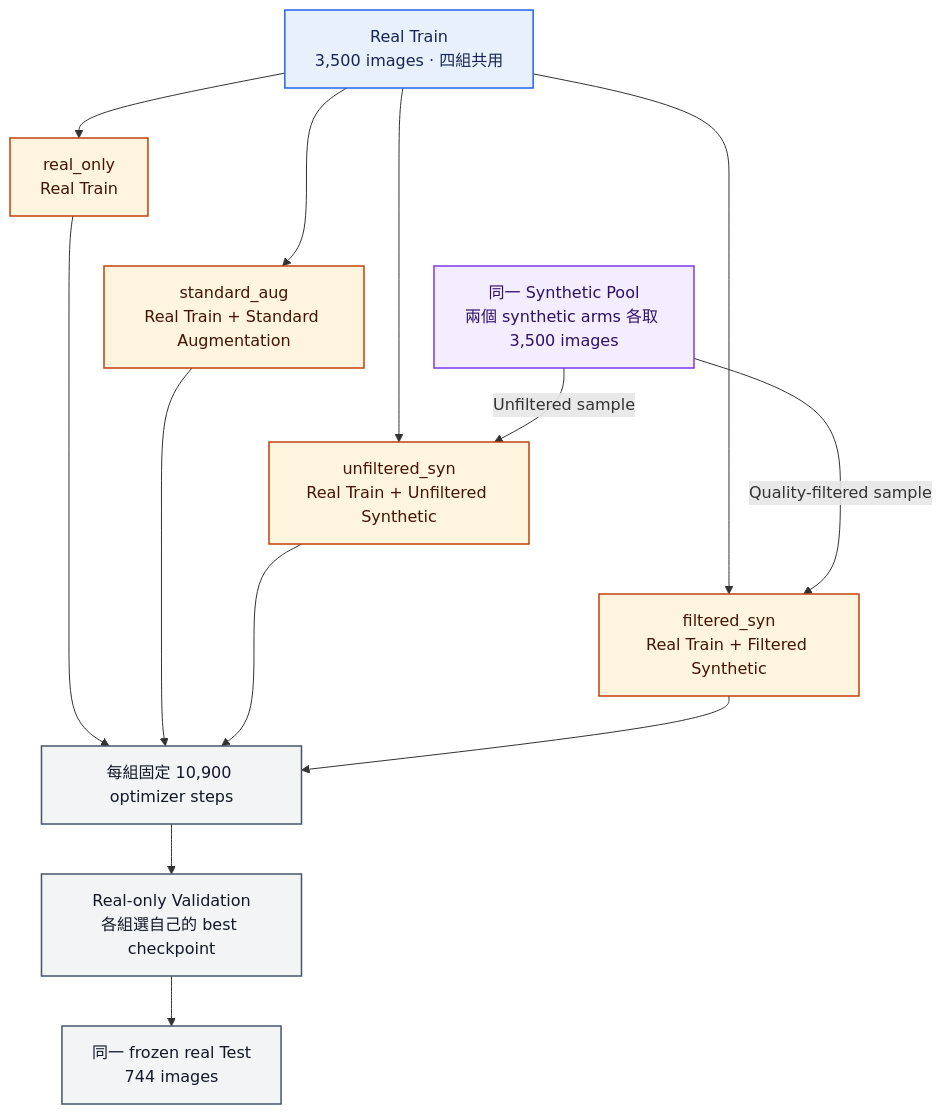
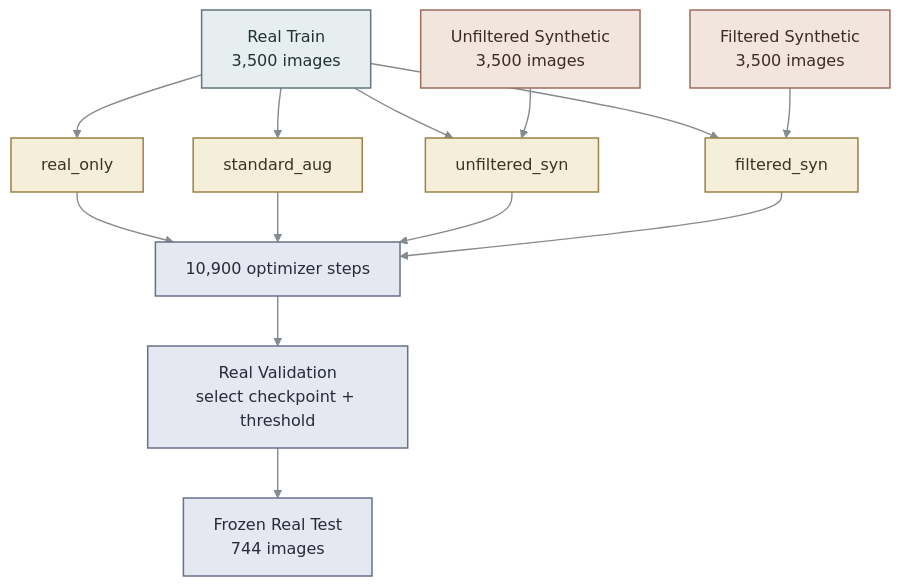
Before and after one commit to kuotunyu/SafeSynth: the second of 2 diagrams in README.md, drawn with Mermaid. The commit also changed other lines of this file and 65 other files, not shown here.

````diff
--- a/README.md
+++ b/README.md
@@ -108,40 +84,30 @@
 ```mermaid
 flowchart TB
-    R["Real Train<br/>3,500 images · 四組共用"]
-    S["同一 Synthetic Pool<br/>兩個 synthetic arms 各取 3,500 images"]
+    R["Real Train<br/>3,500 images"]
+    U["Unfiltered Synthetic<br/>3,500 images"]
+    F["Filtered Synthetic<br/>3,500 images"]
 
-    R ~~~ S
+    R --> A1["real_only"]
+    R --> A2["standard_aug"]
+    R --> A3["unfiltered_syn"]
+    R --> A4["filtered_syn"]
+    U --> A3
+    F --> A4
 
-    A1["real_only<br/>Real Train"]
-    A2["standard_aug<br/>Real Train + Standard Augmentation"]
-    A3["unfiltered_syn<br/>Real Train + Unfiltered Synthetic"]
-    A4["filtered_syn<br/>Real Train + Filtered Synthetic"]
-
-    A1 ~~~ A2
-    A2 ~~~ A3
-    A3 ~~~ A4
-
-    R --> A1
-    R --> A2
-    R --> A3
-    R --> A4
-    S -->|"Unfiltered sample"| A3
-    S -->|"Quality-filtered sample"| A4
-
-    A1 --> B["每組固定 10,900 optimizer steps"]
+    A1 --> B["10,900 optimizer steps"]
     A2 --> B
     A3 --> B
     A4 --> B
-    B --> V["Real-only Validation<br/>各組選自己的 best checkpoint"]
-    V --> T["同一 frozen real Test<br/>744 images"]
+    B --> V["Real Validation<br/>select checkpoint + threshold"]
+    V --> T["Frozen Real Test<br/>744 images"]
 
-    classDef source fill:#E8F1FB,stroke:#2563EB,stroke-width:1.5px,color:#172554
-    classDef pool fill:#F4ECFF,stroke:#7C3AED,stroke-width:1.5px,color:#2E1065
-    classDef arm fill:#FFF4DD,stroke:#C2410C,stroke-width:1.5px,color:#431407
-    classDef eval fill:#F3F4F6,stroke:#475569,stroke-width:1.5px,color:#111827
-
-    class R source
-    class S pool
+    classDef real fill:#E7EEF0,stroke:#5F777D,color:#203136,stroke-width:1.5px
+    classDef synth fill:#F1E5DE,stroke:#9B6E5D,color:#3E2A23,stroke-width:1.5px
+    classDef arm fill:#F5EFD9,stroke:#9A8249,color:#3B321F,stroke-width:1.5px
+    classDef eval fill:#E5E8F0,stroke:#68718C,color:#272B3A,stroke-width:1.5px
+    class R real
+    class U,F synth
     class A1,A2,A3,A4 arm
     class B,V,T eval
+    linkStyle default stroke:#858B8F,stroke-width:1.4px
 ```
````
